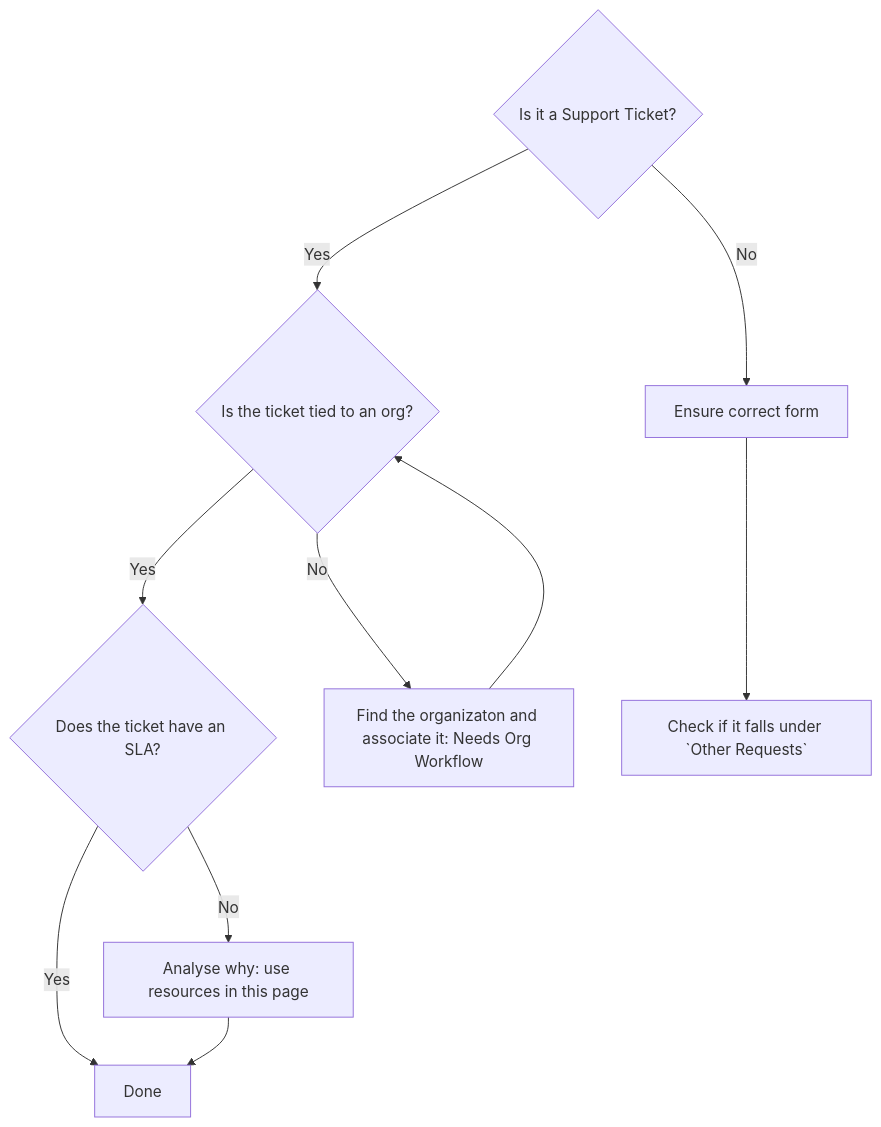
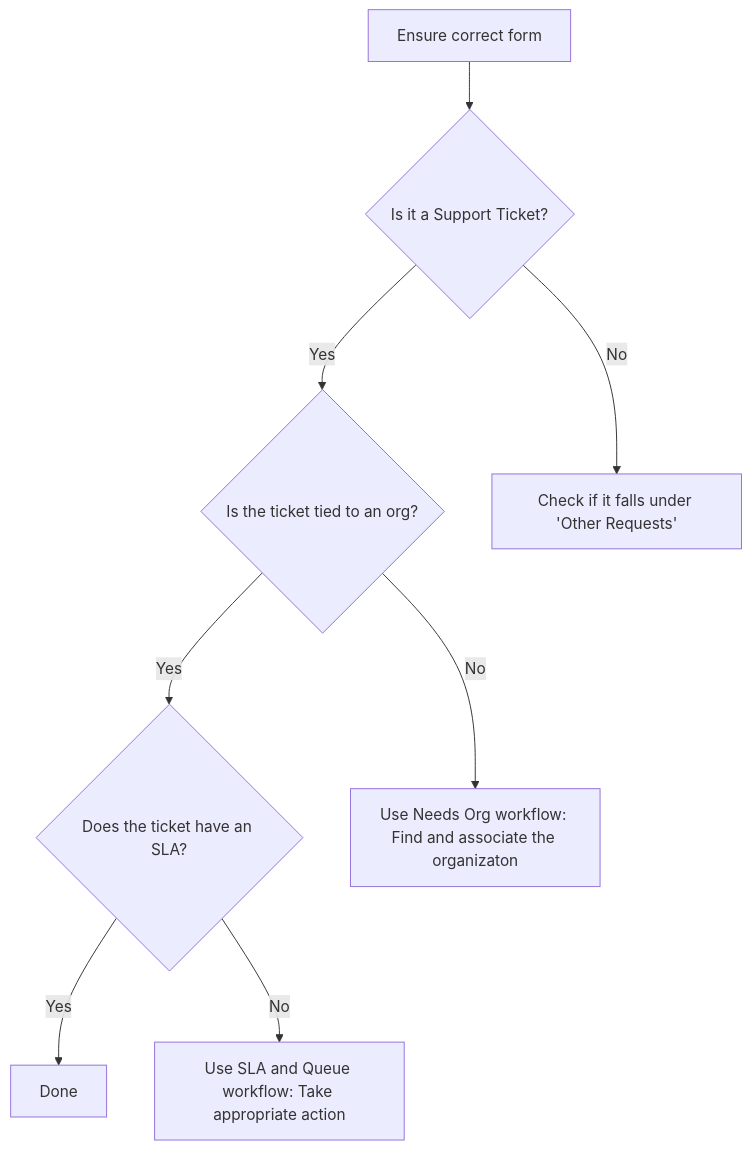
Before and after one commit to secretstartups/handbook: the diagram in support/workflows/ticket_triage.html.md, drawn with Mermaid. The commit also changed other lines of this file, not shown here.

Commit message:
Add when to use LR form

````diff
--- a/support/workflows/ticket_triage.html.md
+++ b/support/workflows/ticket_triage.html.md
@@ -22,11 +22,10 @@
 ```mermaid
 graph TD
-    A{Is it a Support Ticket?}
+    G[Ensure correct form] --> A{Is it a Support Ticket?}
     A -->|Yes| B{Is the ticket tied to an org?}
-    A -->|No| G[Ensure correct form]
+    A -->|No| H[Check if it falls under 'Other Requests']
     B -->|Yes| D{Does the ticket have an SLA?}
-    B -->|No| E[Find the organizaton and associate it: Needs Org Workflow] --> B
+    B -->|No| E[Use Needs Org workflow: Find and associate the organizaton]
     D -->|Yes| C[Done]
-    D -->|No| F[Analyse why: use resources in this page] --> C
-    G -->H[Check if it falls under `Other Requests`]
+    D -->|No| F[Use SLA and Queue workflow: Take appropriate action]
 ```
````
